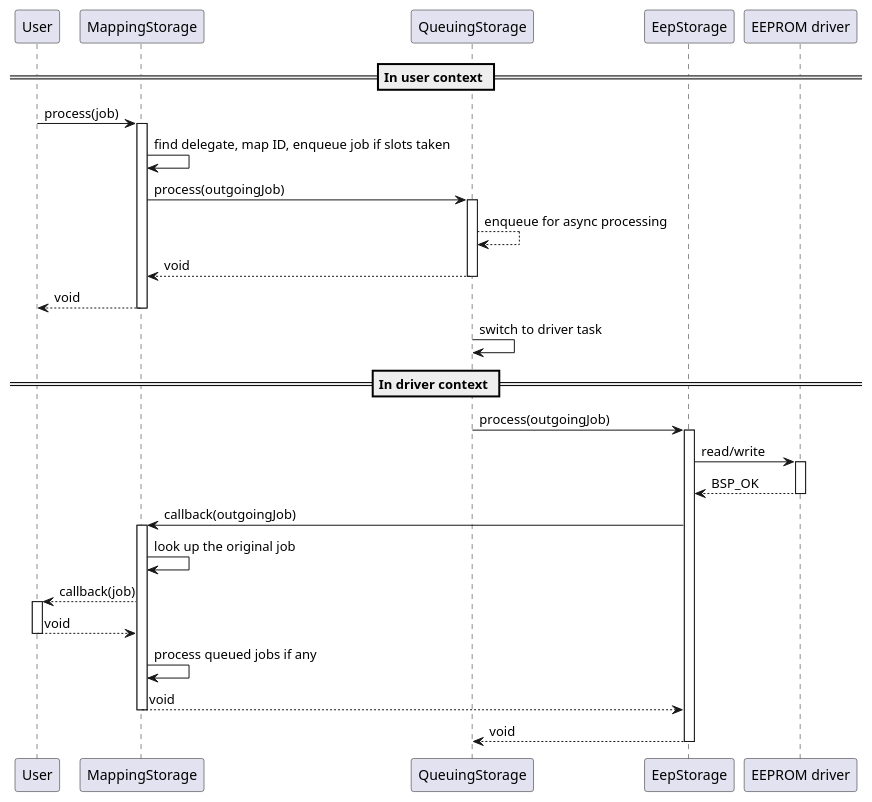
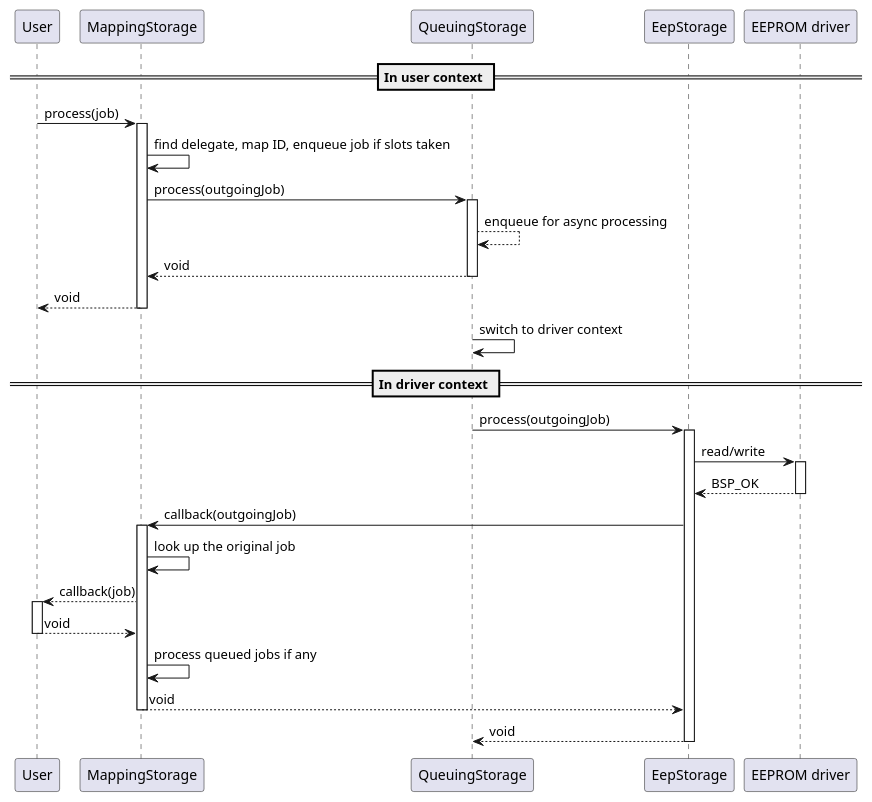
Before and after one commit to hbragge/openbsw: the fourth of 4 diagrams in doc/learning/storage/index.rst, drawn with PlantUML. The commit also changed other lines of this file and 9 other files, not shown here.

```diff
--- a/doc/learning/storage/index.rst
+++ b/doc/learning/storage/index.rst
@@ -458,28 +455,28 @@
 .. uml::
   :scale: 100%
 
   participant User
   participant MappingStorage
   participant QueuingStorage
   participant EepStorage
   participant "EEPROM driver" as Eeprom
 
   == In user context ==
   User -> MappingStorage ++ : process(job)
   MappingStorage -> MappingStorage : find delegate, map ID, enqueue job if slots taken
   MappingStorage -> QueuingStorage ++ : process(outgoingJob)
   QueuingStorage --> QueuingStorage : enqueue for async processing
   QueuingStorage --> MappingStorage -- : void
   MappingStorage --> User -- : void
-  QueuingStorage -> QueuingStorage : switch to driver task
+  QueuingStorage -> QueuingStorage : switch to driver context
   == In driver context ==
   QueuingStorage -> EepStorage ++ : process(outgoingJob)
   EepStorage -> Eeprom ++ : read/write
   Eeprom --> EepStorage -- : BSP_OK
   EepStorage -> MappingStorage ++ : callback(outgoingJob)
   MappingStorage -> MappingStorage : look up the original job
   MappingStorage --> User ++ : callback(job)
   User --> MappingStorage -- : void
   MappingStorage -> MappingStorage : process queued jobs if any
   MappingStorage --> EepStorage -- : void
   EepStorage --> QueuingStorage -- : void
```
